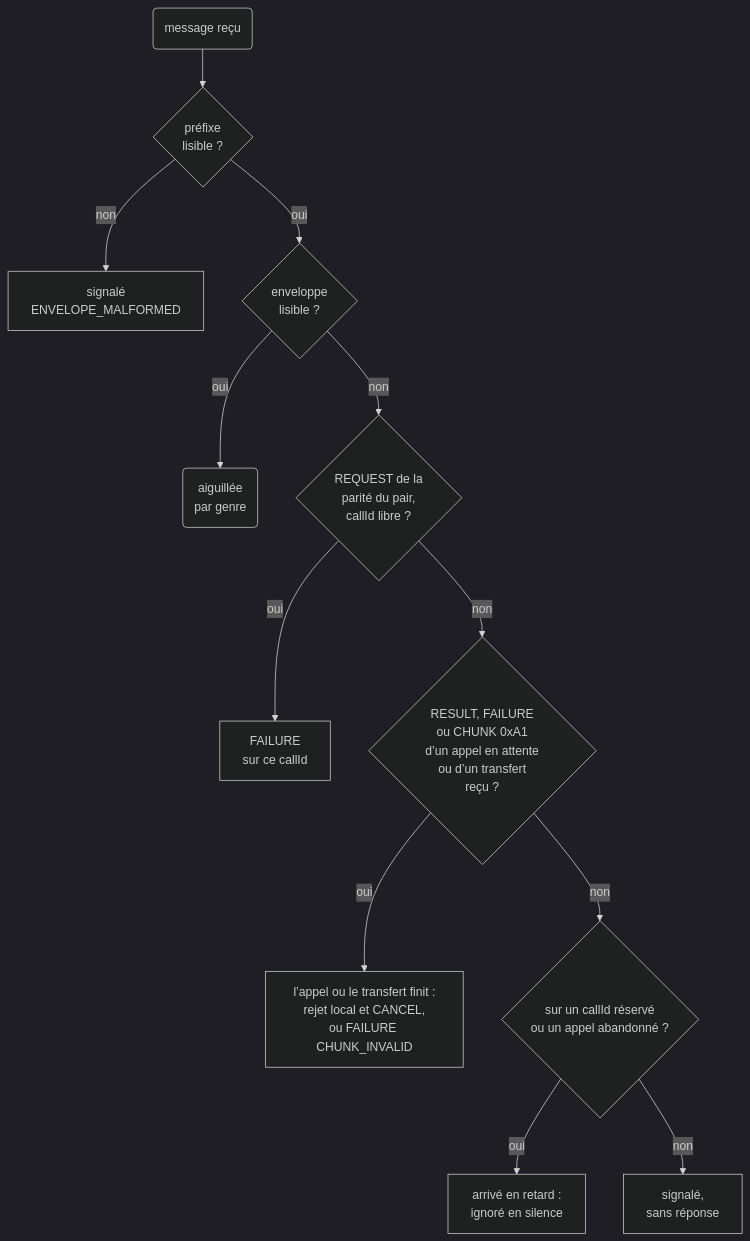
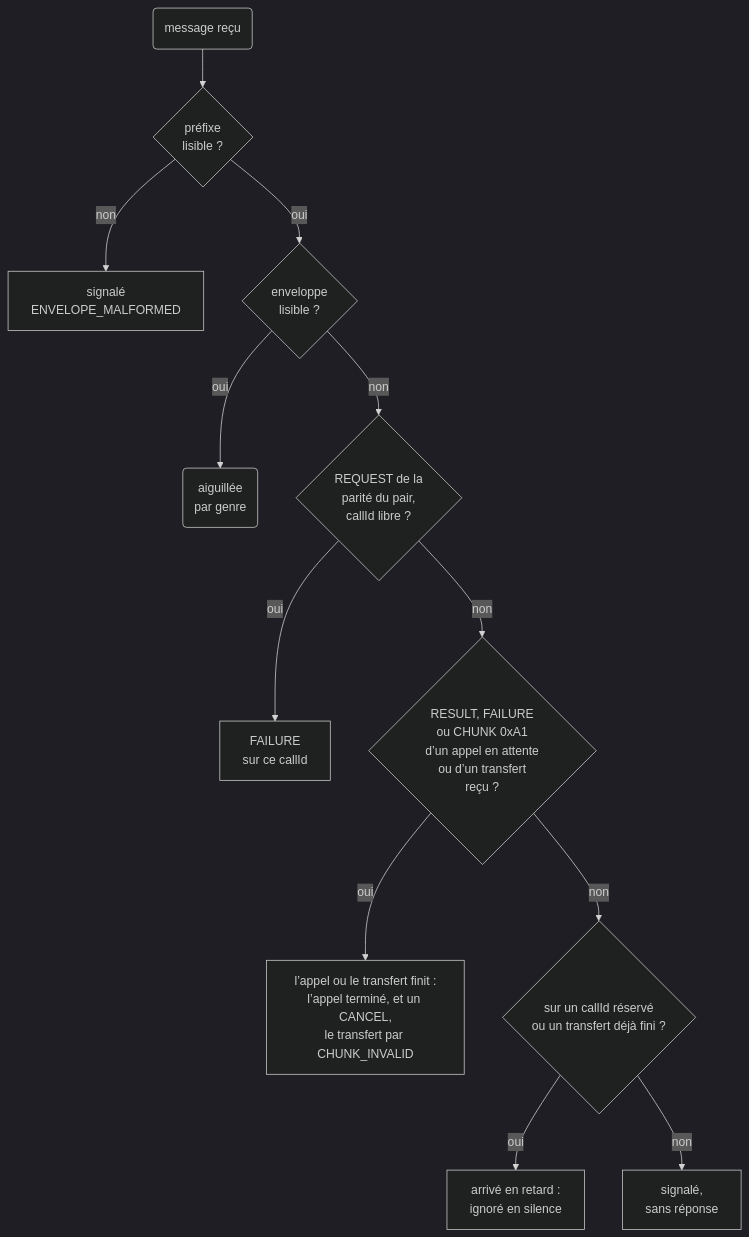
Before and after one commit to francisdesjardins/bead: the diagram in site/diagrams/fr/gate.mmd, drawn with Mermaid (dark theme). The commit also changed 13 other files, not shown here.

```diff
--- a/site/diagrams/fr/gate.mmd
+++ b/site/diagrams/fr/gate.mmd
@@ -1,12 +1,12 @@
 flowchart TD
   rx("message reçu") --> pre{"préfixe<br/>lisible ?"}
   pre -- non --> rep1["signalé<br/>ENVELOPE_MALFORMED"]
   pre -- oui --> rd{"enveloppe<br/>lisible ?"}
   rd -- oui --> ok("aiguillée<br/>par genre")
   rd -- non --> gate{"REQUEST de la<br/>parité du pair,<br/>callId libre ?"}
   gate -- oui --> ans["FAILURE<br/>sur ce callId"]
   gate -- non --> set{"RESULT, FAILURE<br/>ou CHUNK 0xA1<br/>d’un appel en attente<br/>ou d’un transfert<br/>reçu ?"}
-  set -- oui --> loc["l’appel ou le transfert finit :<br/>rejet local et CANCEL,<br/>ou FAILURE CHUNK_INVALID"]
-  set -- non --> late{"sur un callId réservé<br/>ou un appel abandonné ?"}
+  set -- oui --> loc["l’appel ou le transfert finit :<br/>l’appel terminé, et un CANCEL,<br/>le transfert par CHUNK_INVALID"]
+  set -- non --> late{"sur un callId réservé<br/>ou un transfert déjà fini ?"}
   late -- oui --> quiet["arrivé en retard :<br/>ignoré en silence"]
   late -- non --> rep2["signalé,<br/>sans réponse"]
```
